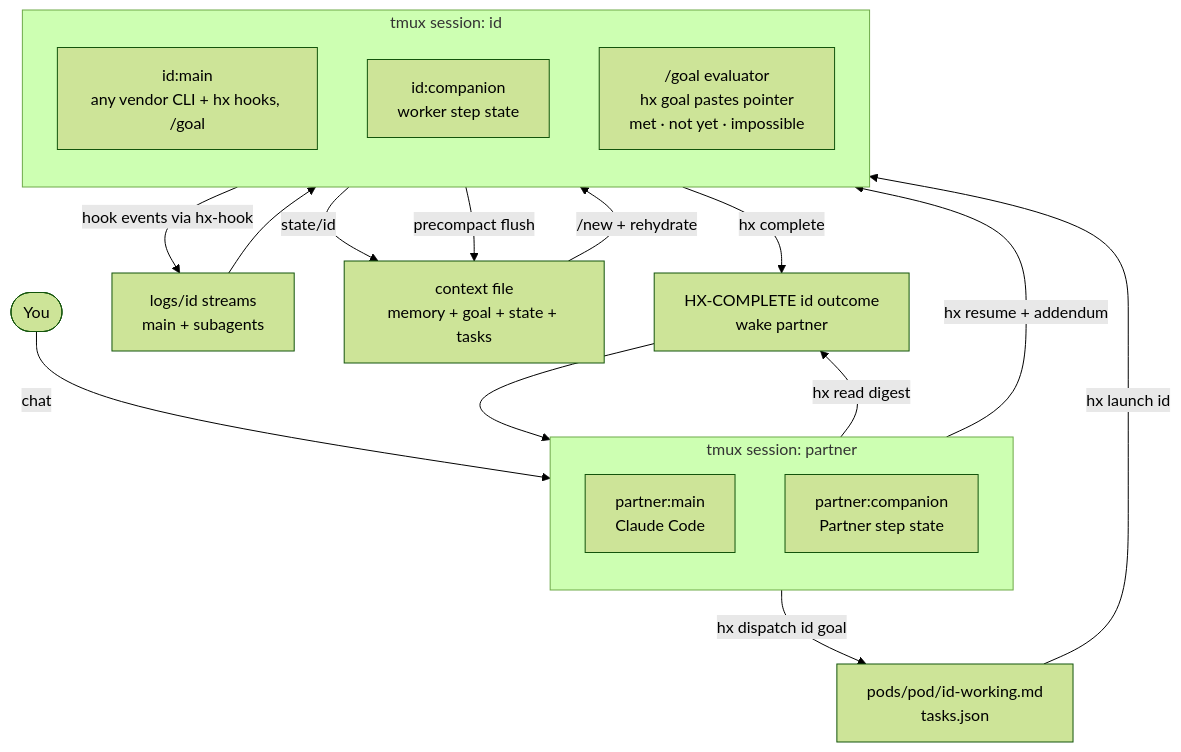
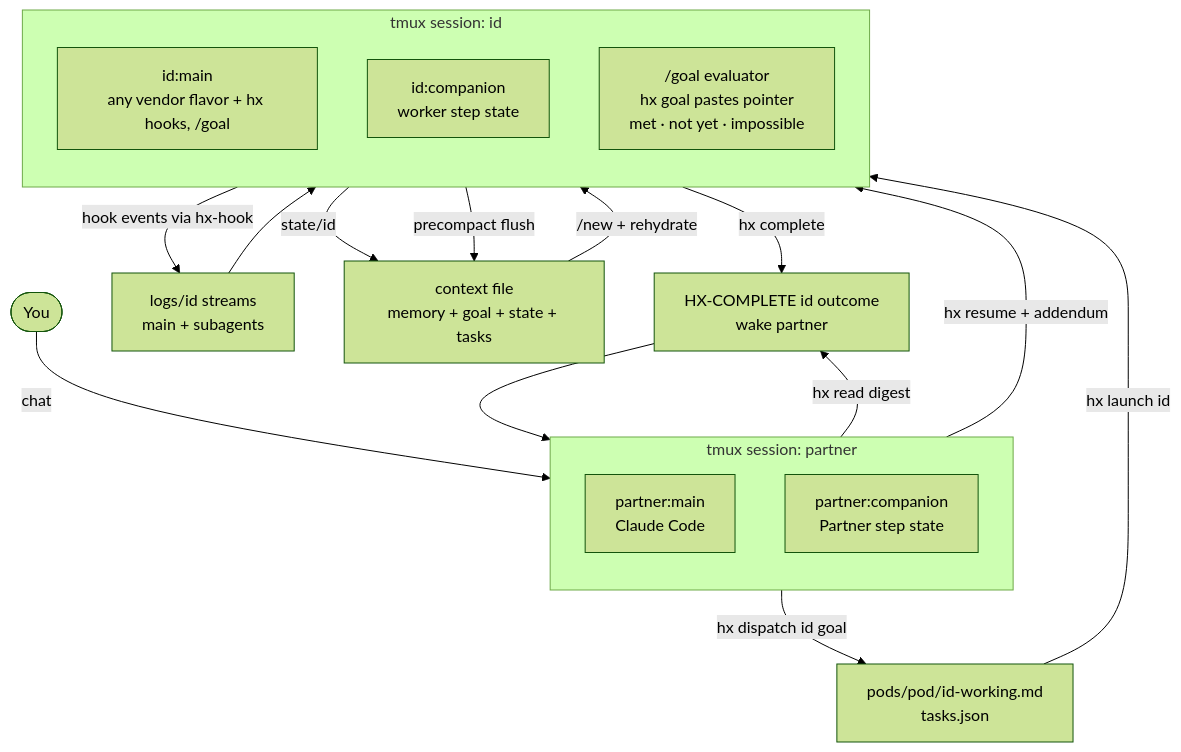
The diagram in README.md (logan-robbins/hx), drawn with Mermaid (forest theme) before and after one commit. The commit also changed other lines of this file and 2 other files, not shown here.

````diff
--- a/README.md
+++ b/README.md
@@ -57,30 +57,30 @@
 ```mermaid
 flowchart TB
     YOU(["You"]) -->|"chat"| P_MAIN
 
     subgraph TMUXP["tmux session: partner"]
         direction TB
         P_MAIN["partner:main<br/>Claude Code"]
         P_COMP["partner:companion<br/>Partner step state"]
     end
 
     P_MAIN -->|"hx dispatch id goal"| PODS["pods/pod/id-working.md<br/>tasks.json"]
     PODS -->|"hx launch id"| W_MAIN
 
     subgraph TMUXW["tmux session: id"]
         direction TB
-        W_MAIN["id:main<br/>any vendor CLI + hx hooks, /goal"]
+        W_MAIN["id:main<br/>any vendor flavor + hx hooks, /goal"]
         W_COMP["id:companion<br/>worker step state"]
         GOALEV["/goal evaluator<br/>hx goal pastes pointer<br/>met · not yet · impossible"]
     end
 
     W_MAIN -->|"hook events via hx-hook"| STREAMS["logs/id streams<br/>main + subagents"]
     STREAMS --> W_COMP
     W_COMP -->|"state/id"| CTX["context file<br/>memory + goal + state + tasks"]
     CTX -->|"/new + rehydrate"| W_MAIN
     W_MAIN -->|"hx complete"| CHECKS["HX-COMPLETE id outcome<br/>wake partner"]
     CHECKS --> P_MAIN
     W_MAIN -->|"precompact flush"| CTX
     P_MAIN -->|"hx resume + addendum"| W_MAIN
     P_MAIN -->|"hx read digest"| CHECKS
 ```
````
